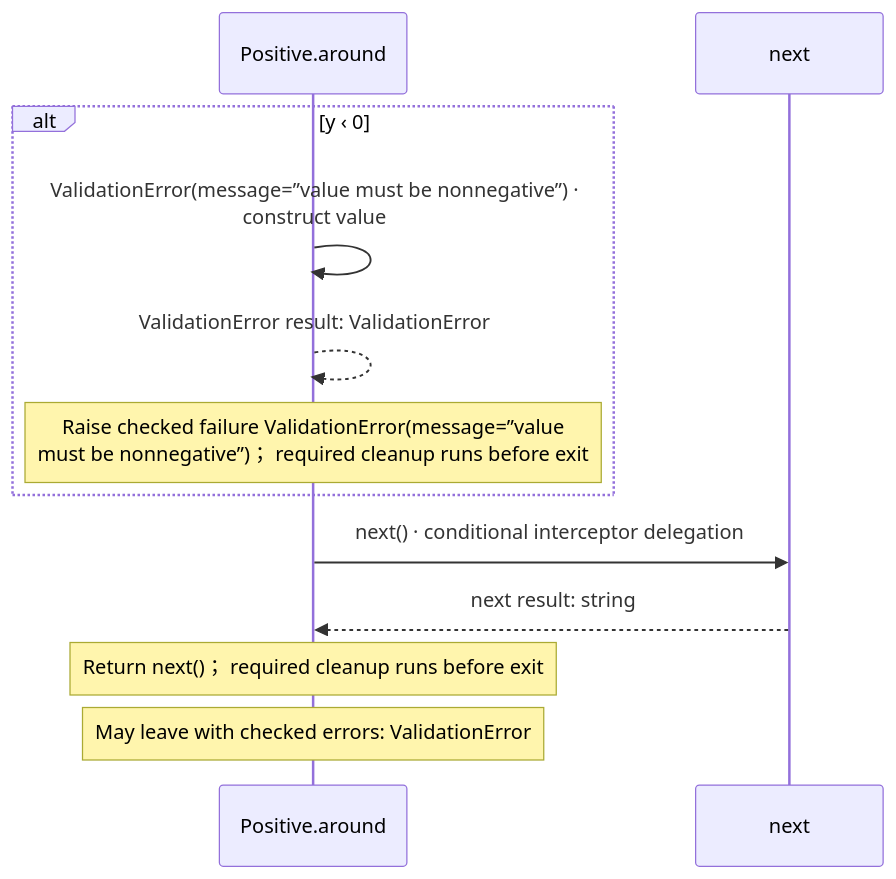
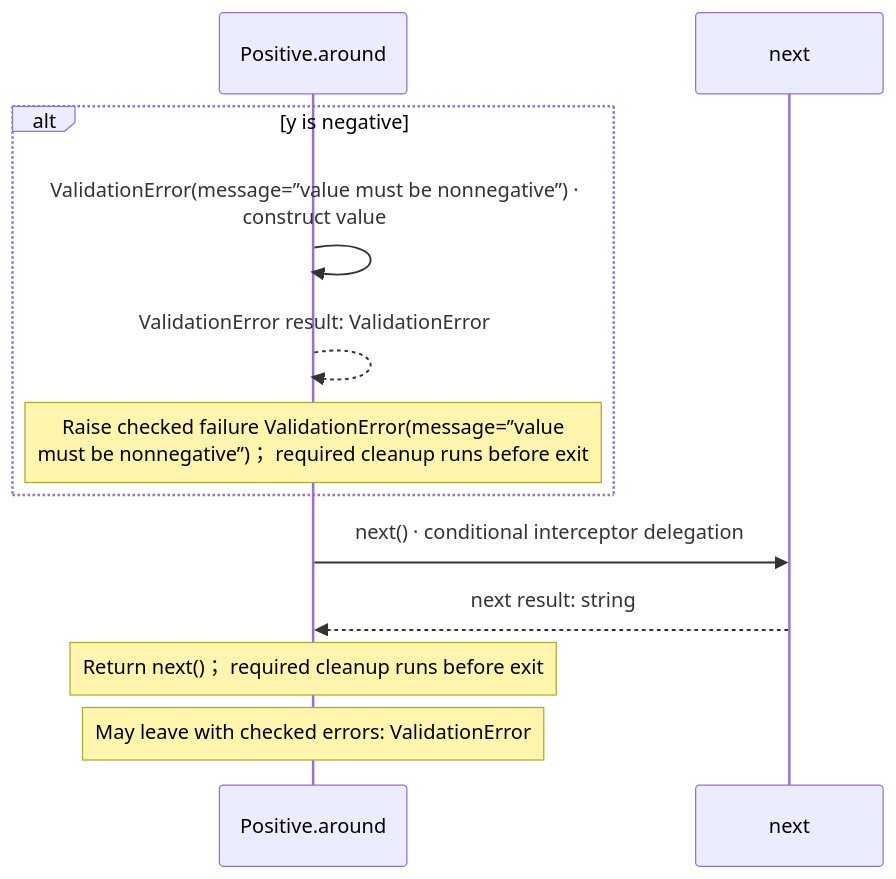
Before and after one commit to GreenPandaStudios/augscript: the third of 4 diagrams in docs/examples/interceptors/interceptors-diagrams.md, drawn with Mermaid. The commit also changed other lines of this file and 658 other files, not shown here.

````diff
--- a/docs/examples/interceptors/interceptors-diagrams.md
+++ b/docs/examples/interceptors/interceptors-diagrams.md
@@ -64,14 +78,14 @@
 ```mermaid
 sequenceDiagram
     participant p0 as Positive.around
     participant p1 as next
-    alt y ‹ 0
+    alt y is negative
     p0->>p0: ValidationError(message=”value must be nonnegative”) ·<br/>construct value
     p0-->>p0: ValidationError result: ValidationError
     Note over p0: Raise checked failure ValidationError(message=”value<br/>must be nonnegative”)； required cleanup runs before exit
     end
     p0->>p1: next() · conditional interceptor delegation
     p1-->>p0: next result: string
     Note over p0: Return next()； required cleanup runs before exit
     Note over p0: May leave with checked errors: ValidationError
 ```
````
